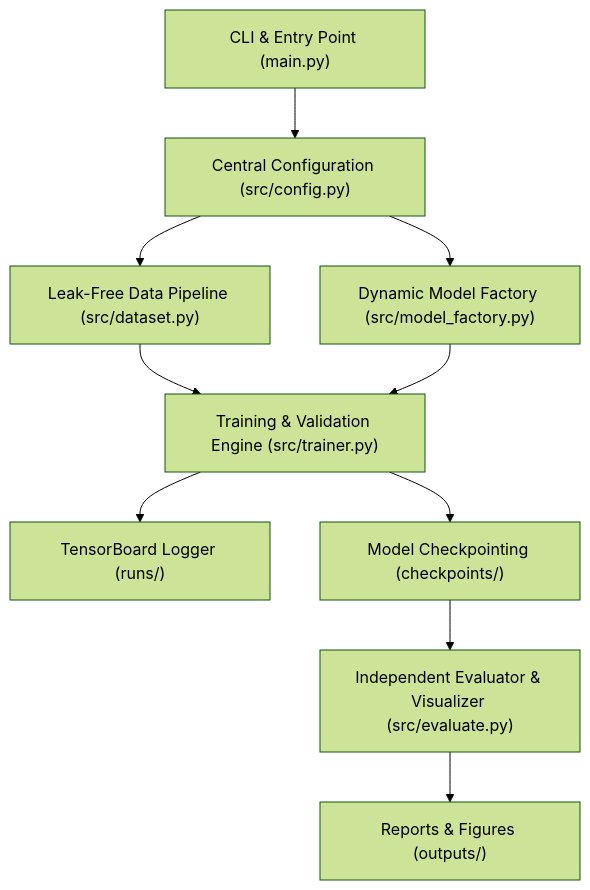
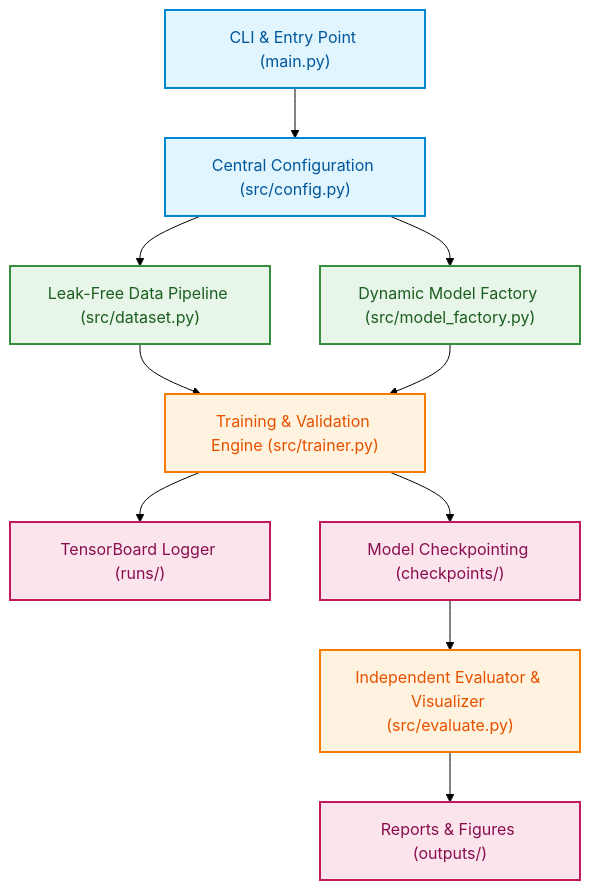
The first of 4 diagrams in lab2/docs/project_design.md (linhtd3993/LAB_DEEP_LEARNING), drawn with Mermaid (forest theme) before and after one commit. The commit also changed other lines of this file and 3 other files, not shown here.

Commit message:
docs: standardize full accented Vietnamese and add color-coded architectural diagrams across docs

````diff
--- a/lab2/docs/project_design.md
+++ b/lab2/docs/project_design.md
@@ -9,12 +9,23 @@
 ```mermaid
 flowchart TD
     CLI["CLI & Entry Point (main.py)"] --> CFG["Central Configuration (src/config.py)"]
     CFG --> DATA["Leak-Free Data Pipeline (src/dataset.py)"]
     CFG --> MODEL["Dynamic Model Factory (src/model_factory.py)"]
     DATA --> TRAIN["Training & Validation Engine (src/trainer.py)"]
     MODEL --> TRAIN
     TRAIN --> TB["TensorBoard Logger (runs/)"]
     TRAIN --> CKPT["Model Checkpointing (checkpoints/)"]
     CKPT --> EVAL["Independent Evaluator & Visualizer (src/evaluate.py)"]
     EVAL --> OUT["Reports & Figures (outputs/)"]
+
+    %% Bổ sung màu sắc trực quan theo vai trò chức năng
+    classDef cliStyle fill:#e1f5fe,stroke:#0288d1,stroke-width:2px,color:#01579b;
+    classDef coreStyle fill:#e8f5e9,stroke:#388e3c,stroke-width:2px,color:#1b5e20;
+    classDef engineStyle fill:#fff3e0,stroke:#f57c00,stroke-width:2px,color:#e65100;
+    classDef outStyle fill:#fce4ec,stroke:#c2185b,stroke-width:2px,color:#880e4f;
+
+    class CLI,CFG cliStyle;
+    class DATA,MODEL coreStyle;
+    class TRAIN,EVAL engineStyle;
+    class TB,CKPT,OUT outStyle;
 ```
````
